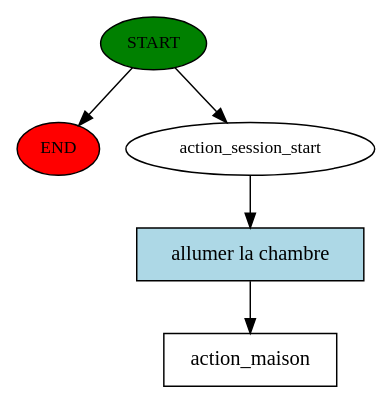
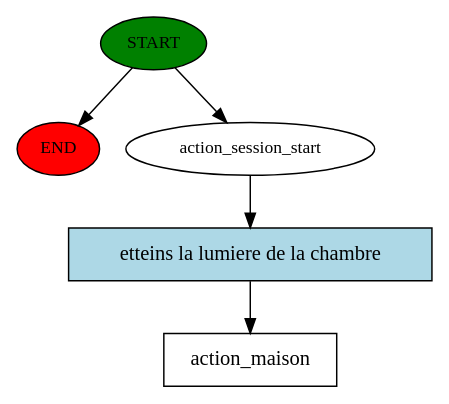
One commit to AlexandreLanglade/interaction_chatbot changed the diagram in rasa_chatbot/story_graph.dot. Above: the diagram before and after it, drawn with Graphviz. The commit also changed 40 other files, not shown here.

```diff
--- a/rasa_chatbot/story_graph.dot
+++ b/rasa_chatbot/story_graph.dot
@@ -1,11 +1,11 @@
 digraph  {
 0 [class="start active", fillcolor=green, fontsize=12, label=START, style=filled];
 "-1" [class=end, fillcolor=red, fontsize=12, label=END, style=filled];
 1 [class=active, fontsize=12, label=action_session_start];
 2 [class="intent dashed active", label=action_maison, shape=rect];
-3 [class="intent active", fillcolor=lightblue, label="allumer la chambre", shape=rect, style=filled];
+3 [class="intent active", fillcolor=lightblue, label="etteins la lumiere de la chambre", shape=rect, style=filled];
 0 -> "-1"  [class="", key=NONE, label=""];
 0 -> 1  [class=active, key=NONE, label=""];
 1 -> 3  [class=active, key=0];
 3 -> 2  [class=active, key=0];
 }
```
